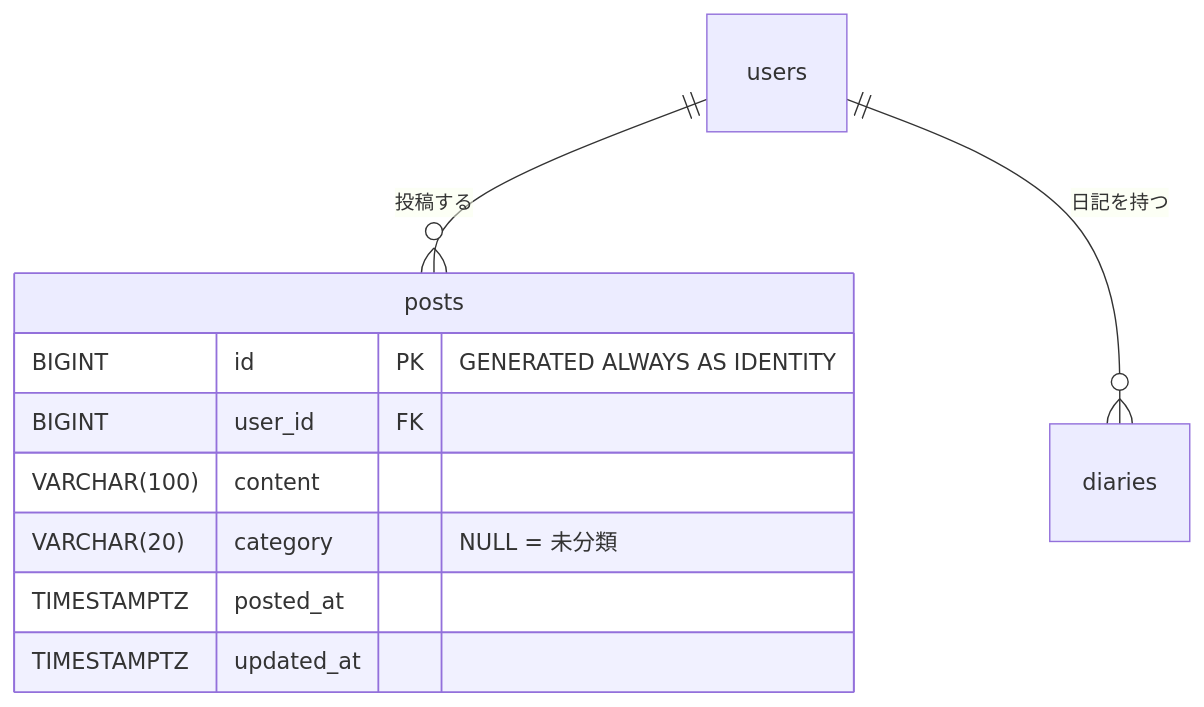
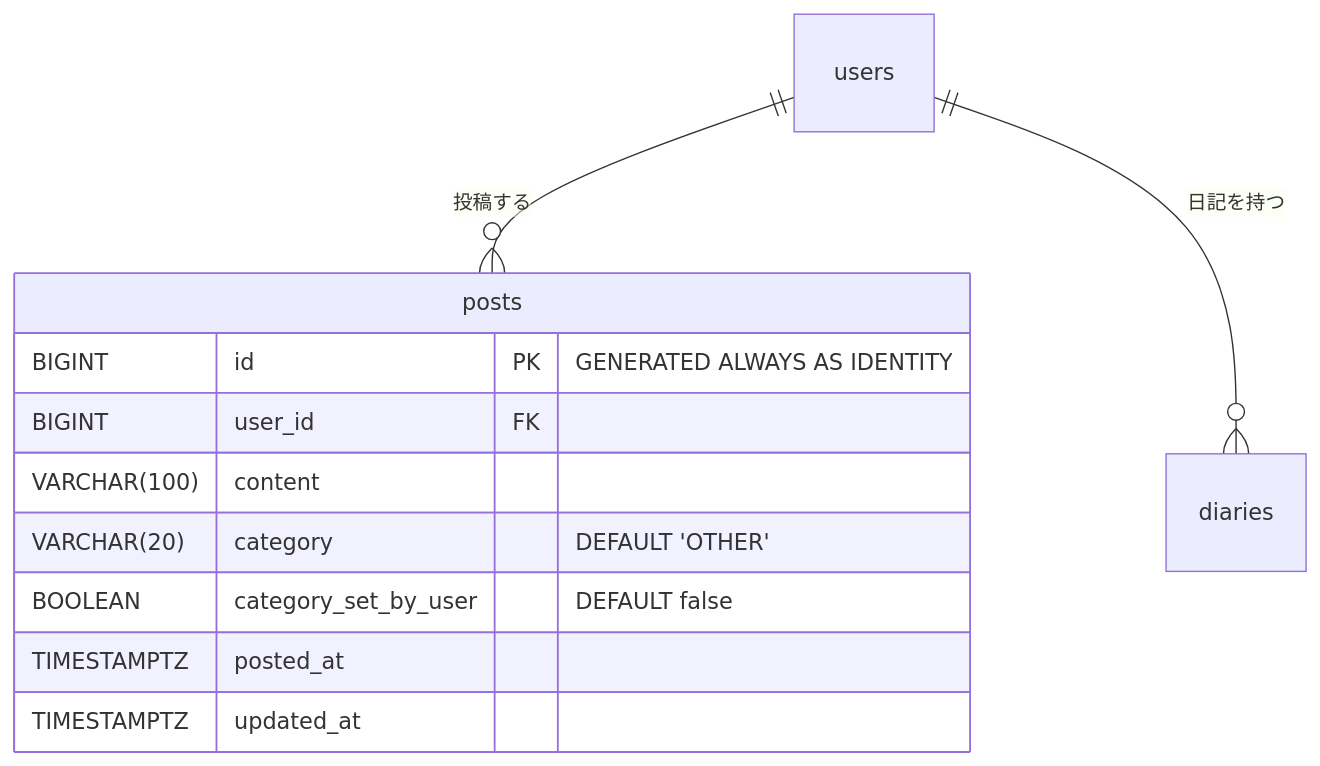
One commit to fuji-t88/tsumory changed the diagram in docs/phase2-spec.md. Above: the diagram before and after it, drawn with Mermaid. The commit also changed other lines of this file and 1 other file, not shown here.

First line of the commit message:
Revise phase 2 categories: four values, OTHER default and manual fixes

````diff
--- a/docs/phase2-spec.md
+++ b/docs/phase2-spec.md
@@ -47,14 +49,15 @@
 ```mermaid
 erDiagram
     users ||--o{ posts : "投稿する"
     users ||--o{ diaries : "日記を持つ"
 
     posts {
         BIGINT id PK "GENERATED ALWAYS AS IDENTITY"
         BIGINT user_id FK
         VARCHAR(100) content
-        VARCHAR(20) category "NULL = 未分類"
+        VARCHAR(20) category "DEFAULT 'OTHER'"
+        BOOLEAN category_set_by_user "DEFAULT false"
         TIMESTAMPTZ posted_at
         TIMESTAMPTZ updated_at
     }
 ```
````
